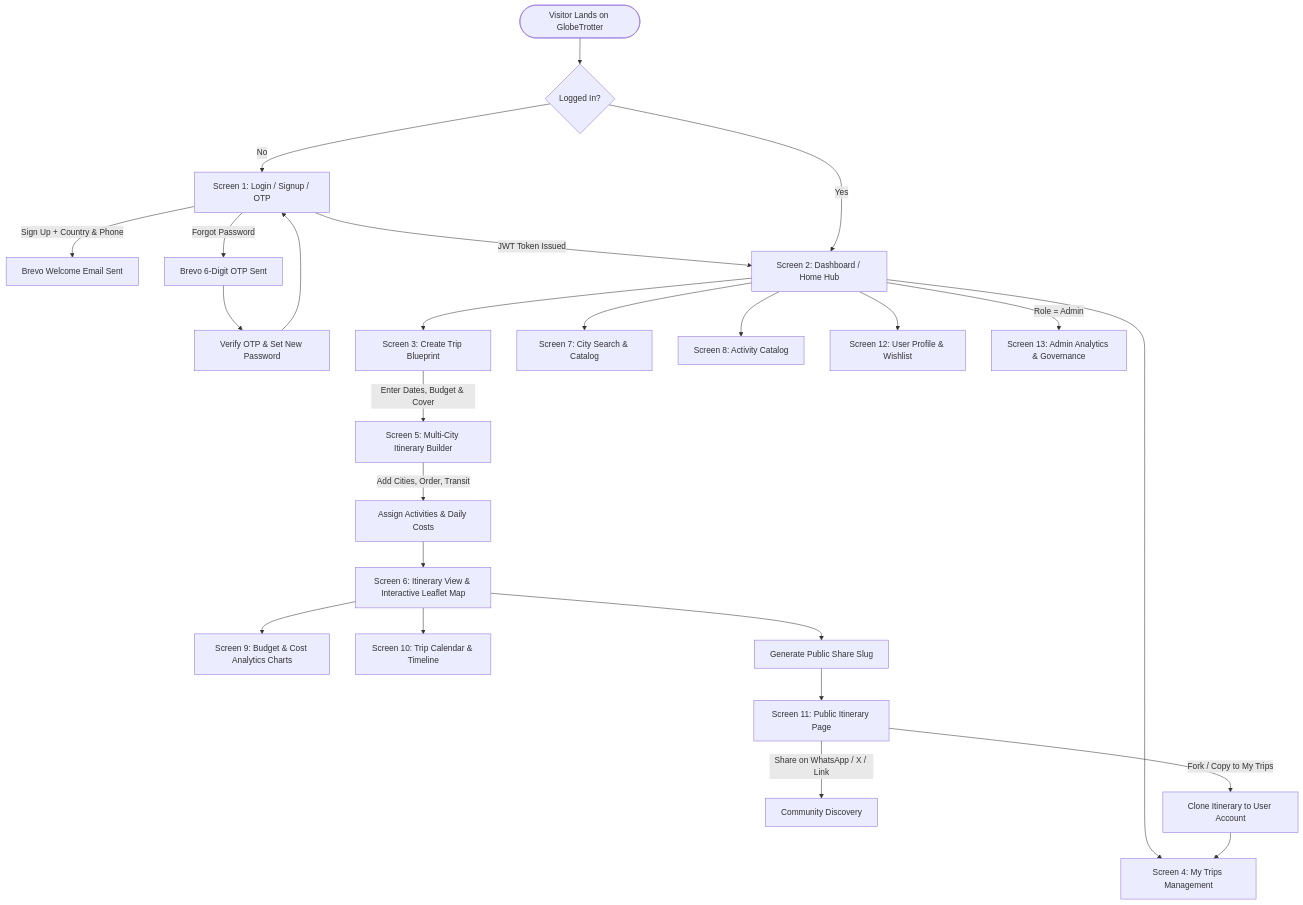
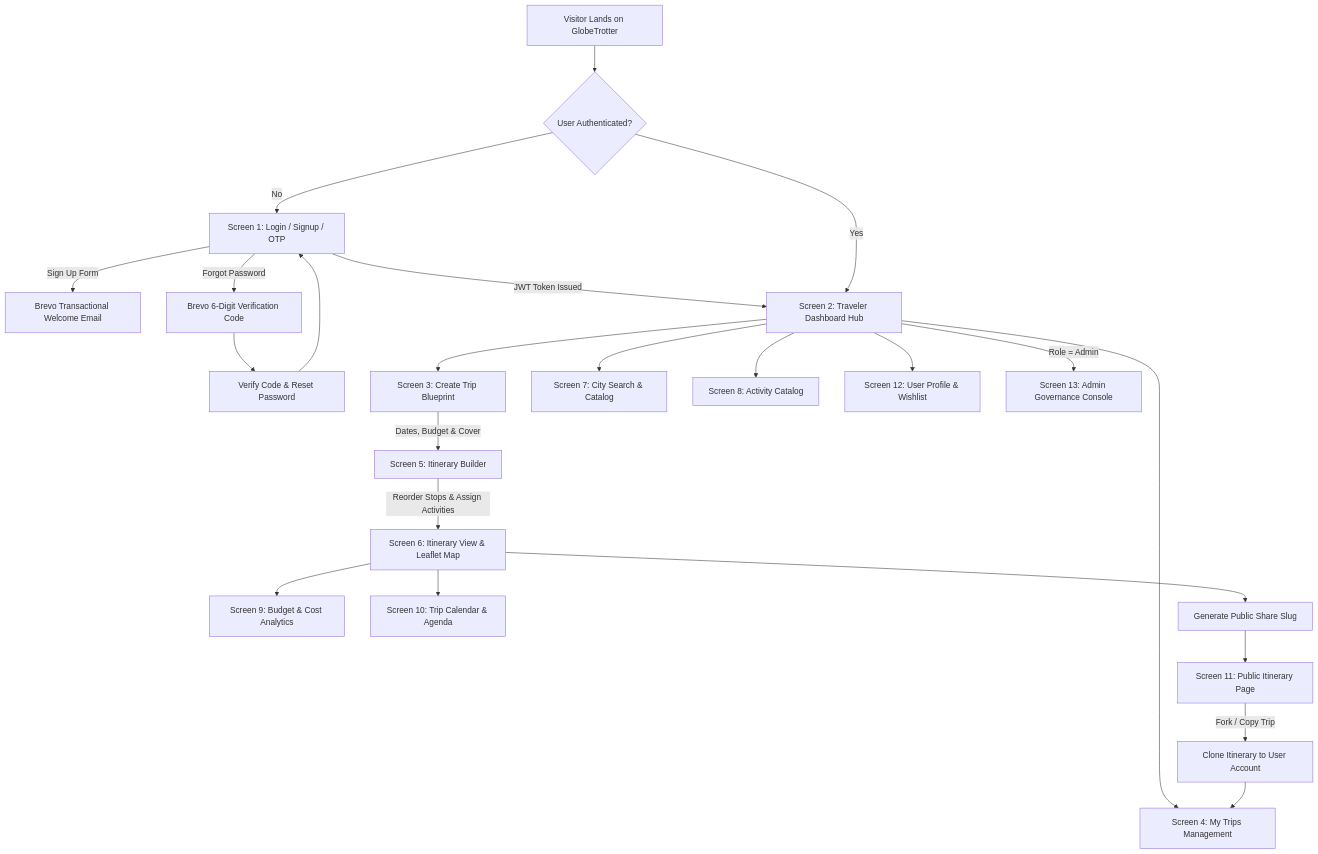
The first of 4 diagrams in README.md (anandK-S/GlobeTrotter), drawn with Mermaid before and after one commit. The commit also changed other lines of this file, not shown here.

Commit message:
docs: fix Mermaid syntax for 100% GitHub rendering, add requirements alignment matrix and relational schema tables

````diff
--- a/README.md
+++ b/README.md
@@ -55,38 +56,31 @@
 ```mermaid
 flowchart TD
-    Start([Visitor Lands on GlobeTrotter]) --> CheckAuth{Logged In?}
+    Start["Visitor Lands on GlobeTrotter"] --> CheckAuth{"User Authenticated?"}
 
-    %% Authentication Branch
-    CheckAuth -- No --> AuthPage[Screen 1: Login / Signup / OTP]
-    AuthPage -->|Sign Up + Country & Phone| BrevoWelcome[Brevo Welcome Email Sent]
-    AuthPage -->|Forgot Password| BrevoOTP[Brevo 6-Digit OTP Sent]
-    BrevoOTP --> VerifyOTP[Verify OTP & Set New Password]
+    CheckAuth -- "No" --> AuthPage["Screen 1: Login / Signup / OTP"]
+    AuthPage -->|"Sign Up Form"| BrevoWelcome["Brevo Transactional Welcome Email"]
+    AuthPage -->|"Forgot Password"| BrevoOTP["Brevo 6-Digit Verification Code"]
+    BrevoOTP --> VerifyOTP["Verify Code & Reset Password"]
     VerifyOTP --> AuthPage
-    AuthPage -->|JWT Token Issued| Dashboard
+    AuthPage -->|"JWT Token Issued"| Dashboard
 
-    %% Authenticated Core Experience
-    CheckAuth -- Yes --> Dashboard[Screen 2: Dashboard / Home Hub]
+    CheckAuth -- "Yes" --> Dashboard["Screen 2: Traveler Dashboard Hub"]
 
-    Dashboard --> PlanNew[Screen 3: Create Trip Blueprint]
-    Dashboard --> ExploreCities[Screen 7: City Search & Catalog]
-    Dashboard --> ExploreActivities[Screen 8: Activity Catalog]
-    Dashboard --> MyTripsList[Screen 4: My Trips Management]
-    Dashboard --> ProfileSettings[Screen 12: User Profile & Wishlist]
-    Dashboard -->|Role = Admin| AdminPanel[Screen 13: Admin Analytics & Governance]
+    Dashboard --> PlanNew["Screen 3: Create Trip Blueprint"]
+    Dashboard --> ExploreCities["Screen 7: City Search & Catalog"]
+    Dashboard --> ExploreActivities["Screen 8: Activity Catalog"]
+    Dashboard --> MyTripsList["Screen 4: My Trips Management"]
+    Dashboard --> ProfileSettings["Screen 12: User Profile & Wishlist"]
+    Dashboard -->|"Role = Admin"| AdminPanel["Screen 13: Admin Governance Console"]
 
-    %% Itinerary Creation Flow
-    PlanNew -->|Enter Dates, Budget & Cover| ItinBuilder[Screen 5: Multi-City Itinerary Builder]
-    ItinBuilder -->|Add Cities, Order, Transit| StopActivities[Assign Activities & Daily Costs]
-    StopActivities --> ItinView[Screen 6: Itinerary View & Interactive Leaflet Map]
+    PlanNew -->|"Dates, Budget & Cover"| ItinBuilder["Screen 5: Itinerary Builder"]
+    ItinBuilder -->|"Reorder Stops & Assign Activities"| ItinView["Screen 6: Itinerary View & Leaflet Map"]
 
-    %% Deep Itinerary Views
-    ItinView --> BudgetScreen[Screen 9: Budget & Cost Analytics Charts]
-    ItinView --> CalendarScreen[Screen 10: Trip Calendar & Timeline]
-    ItinView --> GenerateShare[Generate Public Share Slug]
+    ItinView --> BudgetScreen["Screen 9: Budget & Cost Analytics"]
+    ItinView --> CalendarScreen["Screen 10: Trip Calendar & Agenda"]
+    ItinView --> GenerateShare["Generate Public Share Slug"]
 
-    %% Public Sharing Flow
-    GenerateShare --> PublicItin[Screen 11: Public Itinerary Page]
-    PublicItin -->|Share on WhatsApp / X / Link| SocialViral[Community Discovery]
-    PublicItin -->|Fork / Copy to My Trips| ForkAction[Clone Itinerary to User Account]
+    GenerateShare --> PublicItin["Screen 11: Public Itinerary Page"]
+    PublicItin -->|"Fork / Copy Trip"| ForkAction["Clone Itinerary to User Account"]
     ForkAction --> MyTripsList
 ```
````
